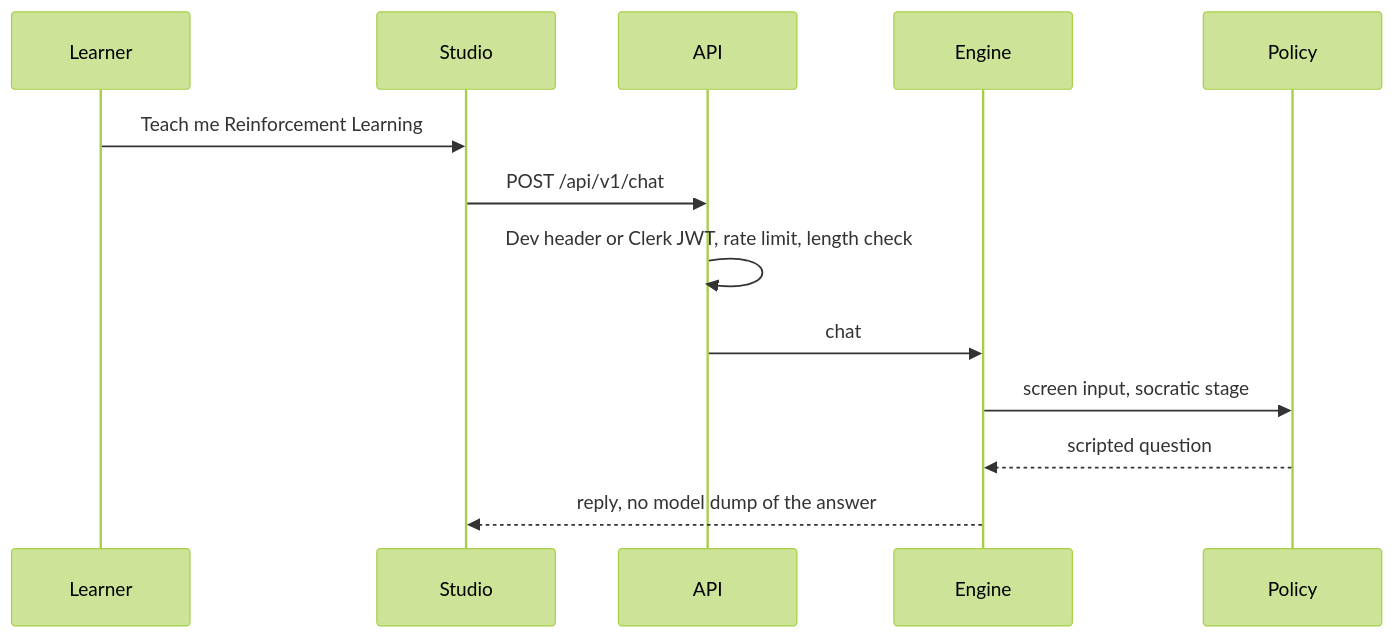
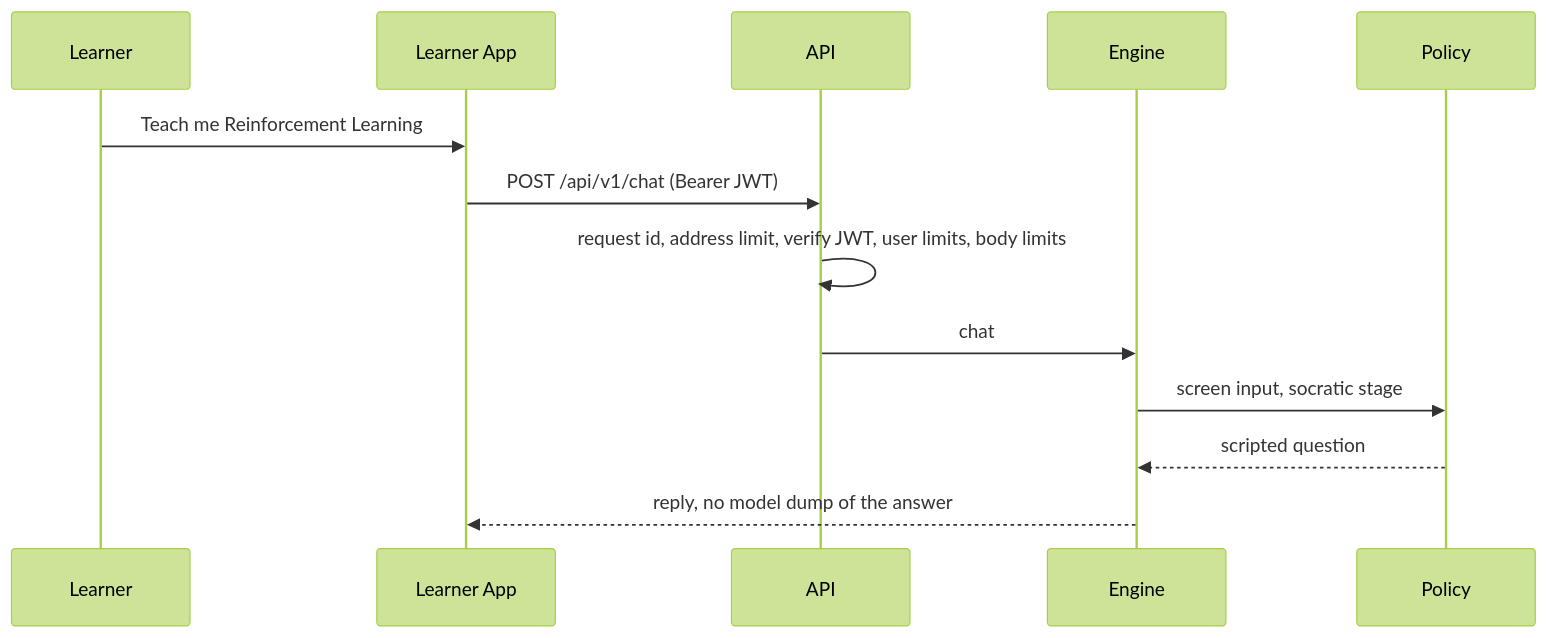
One commit to Nditah/AI-Mentor changed the second of 2 diagrams in docs/Architecture.md. Above: the diagram before and after it, drawn with Mermaid (forest theme). The commit also changed other lines of this file and 333 other files, not shown here.

````diff
--- a/docs/Architecture.md
+++ b/docs/Architecture.md
@@ -75,15 +112,15 @@
 ```mermaid
 sequenceDiagram
   participant Learner
-  participant Studio
+  participant App as Learner App
   participant API
   participant Engine
   participant Policy
-  Learner->>Studio: Teach me Reinforcement Learning
-  Studio->>API: POST /api/v1/chat
-  API->>API: Dev header or Clerk JWT, rate limit, length check
+  Learner->>App: Teach me Reinforcement Learning
+  App->>API: POST /api/v1/chat (Bearer JWT)
+  API->>API: request id, address limit, verify JWT, user limits, body limits
   API->>Engine: chat
   Engine->>Policy: screen input, socratic stage
   Policy-->>Engine: scripted question
-  Engine-->>Studio: reply, no model dump of the answer
+  Engine-->>App: reply, no model dump of the answer
 ```
````
